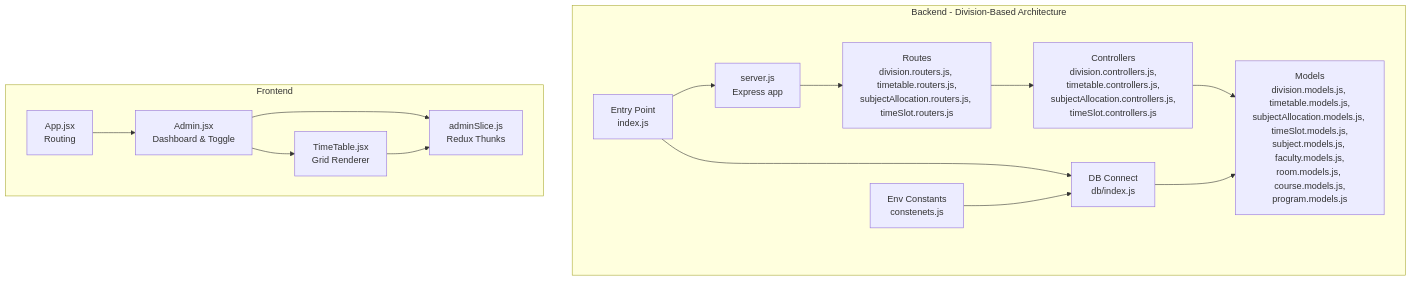
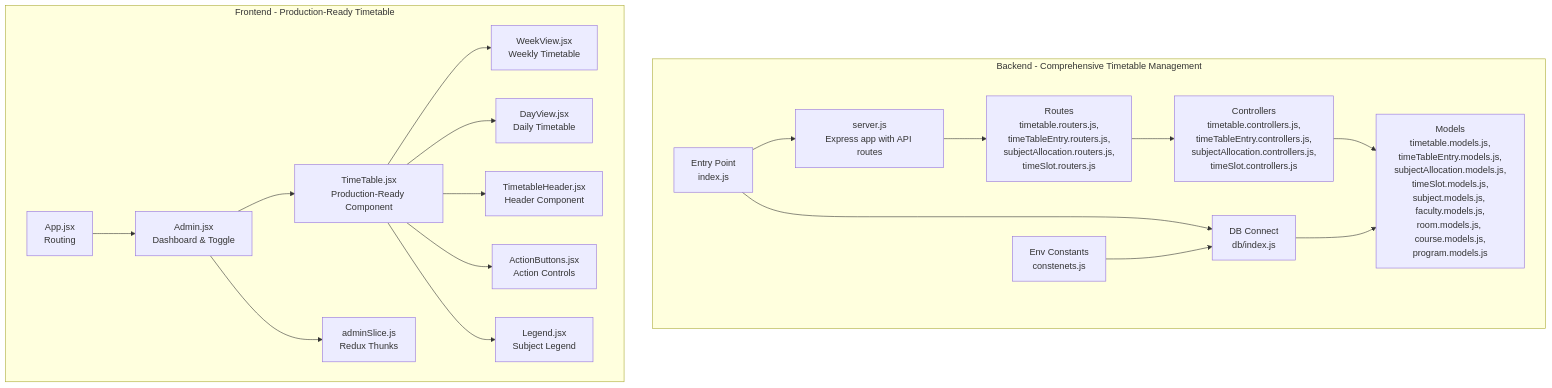
The first of 10 diagrams in .qoder/repowiki/en/content/Timetable Generation System/Timetable Generation System.md (Aryan9060/Timetable-Project), drawn with Mermaid before and after one commit. The commit also changed other lines of this file and 7 other files, not shown here.

First line of the commit message:
feat(timetable): enhance data integration with real-time sync and caching

````diff
--- a/.qoder/repowiki/en/content/Timetable Generation System/Timetable Generation System.md
+++ b/.qoder/repowiki/en/content/Timetable Generation System/Timetable Generation System.md
@@ -57,29 +61,38 @@
 ```mermaid
 graph TB
-subgraph "Backend - Division-Based Architecture"
-S["server.js<br/>Express app"]
-R["Routes<br/>division.routers.js, timetable.routers.js,<br/>subjectAllocation.routers.js, timeSlot.routers.js"]
-C["Controllers<br/>division.controllers.js,<br/>timetable.controllers.js,<br/>subjectAllocation.controllers.js,<br/>timeSlot.controllers.js"]
-M["Models<br/>division.models.js, timetable.models.js,<br/>subjectAllocation.models.js, timeSlot.models.js,<br/>subject.models.js, faculty.models.js,<br/>room.models.js, course.models.js,<br/>program.models.js"]
+subgraph "Backend - Comprehensive Timetable Management"
+S["server.js<br/>Express app with API routes"]
+R["Routes<br/>timetable.routers.js,<br/>timeTableEntry.routers.js,<br/>subjectAllocation.routers.js,<br/>timeSlot.routers.js"]
+C["Controllers<br/>timetable.controllers.js,<br/>timeTableEntry.controllers.js,<br/>subjectAllocation.controllers.js,<br/>timeSlot.controllers.js"]
+M["Models<br/>timetable.models.js,<br/>timeTableEntry.models.js,<br/>subjectAllocation.models.js,<br/>timeSlot.models.js,<br/>subject.models.js, faculty.models.js,<br/>room.models.js, course.models.js,<br/>program.models.js"]
 D["DB Connect<br/>db/index.js"]
 E["Env Constants<br/>constenets.js"]
 I["Entry Point<br/>index.js"]
 end
-subgraph "Frontend"
+subgraph "Frontend - Production-Ready Timetable"
 A["App.jsx<br/>Routing"]
 AD["Admin.jsx<br/>Dashboard & Toggle"]
-TT["TimeTable.jsx<br/>Grid Renderer"]
+TT["TimeTable.jsx<br/>Production-Ready Component"]
 AS["adminSlice.js<br/>Redux Thunks"]
+TVW["WeekView.jsx<br/>Weekly Timetable"]
+TDV["DayView.jsx<br/>Daily Timetable"]
+TL["TimetableHeader.jsx<br/>Header Component"]
+TAB["ActionButtons.jsx<br/>Action Controls"]
+LEG["Legend.jsx<br/>Subject Legend"]
 end
 I --> D
 I --> S
 S --> R
 R --> C
 C --> M
 D --> M
 E --> D
 A --> AD
 AD --> TT
 AD --> AS
-TT --> AS
+TT --> TVW
+TT --> TDV
+TT --> TL
+TT --> TAB
+TT --> LEG
 ```
````
